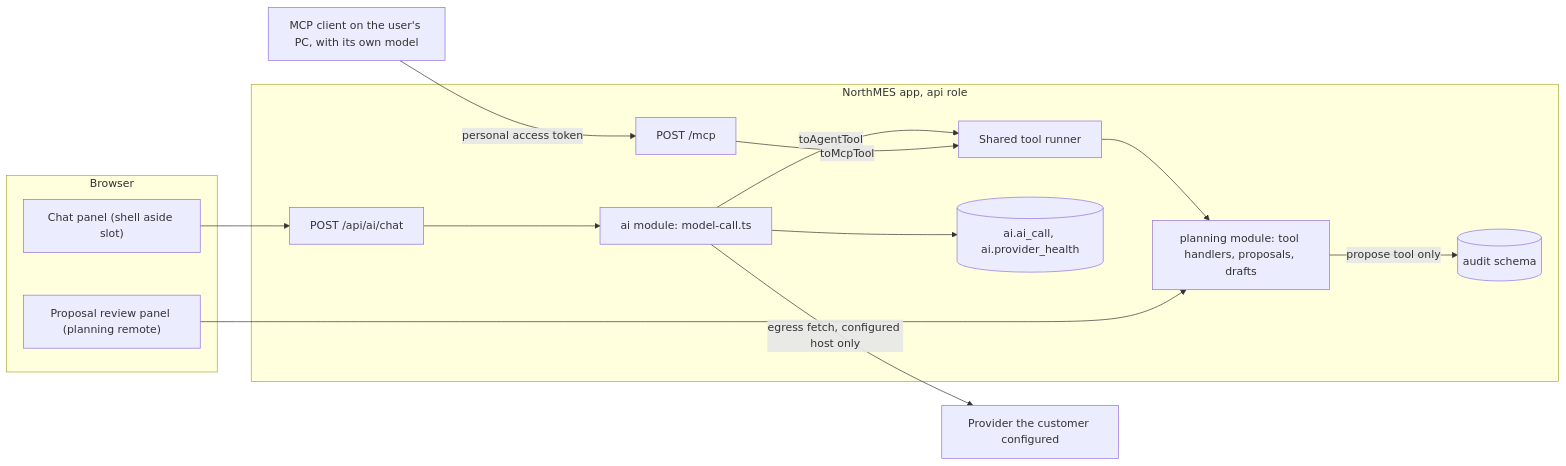
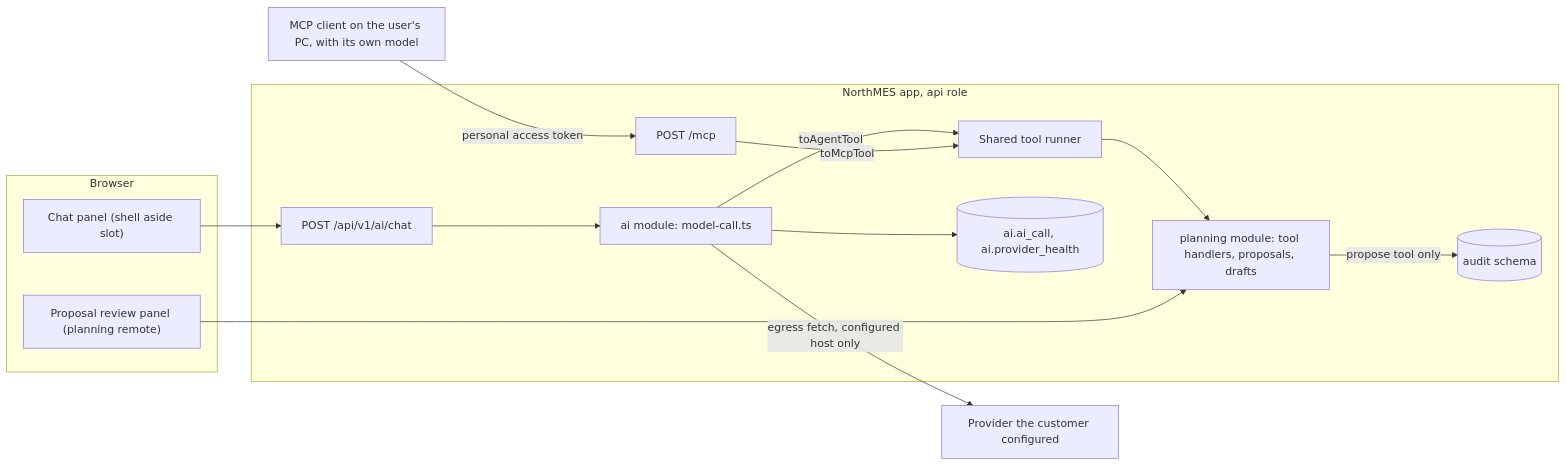
The first of 3 diagrams in docs/plan/10-ai-and-agents.md (northMES/northmes), drawn with Mermaid before and after one commit. The commit also changed other lines of this file and 21 other files, not shown here.

````diff
--- a/docs/plan/10-ai-and-agents.md
+++ b/docs/plan/10-ai-and-agents.md
@@ -33,26 +33,26 @@
 ```mermaid
 flowchart LR
   subgraph Browser
     Panel["Chat panel (shell aside slot)"]
     Review["Proposal review panel (planning remote)"]
   end
   subgraph App["NorthMES app, api role"]
-    Chat["POST /api/ai/chat"]
+    Chat["POST /api/v1/ai/chat"]
     Mcp["POST /mcp"]
     AiMod["ai module: model-call.ts"]
     Runner["Shared tool runner"]
     Planning["planning module: tool handlers, proposals, drafts"]
     Usage[("ai.ai_call, ai.provider_health")]
     Audit[("audit schema")]
   end
   Provider["Provider the customer configured"]
   Client["MCP client on the user's PC, with its own model"]
   Panel --> Chat --> AiMod
   AiMod -->|"egress fetch, configured host only"| Provider
   AiMod -->|"toAgentTool"| Runner
   Client -->|"personal access token"| Mcp -->|"toMcpTool"| Runner
   Runner --> Planning
   Planning -->|"propose tool only"| Audit
   AiMod --> Usage
   Review --> Planning
 ```
````
